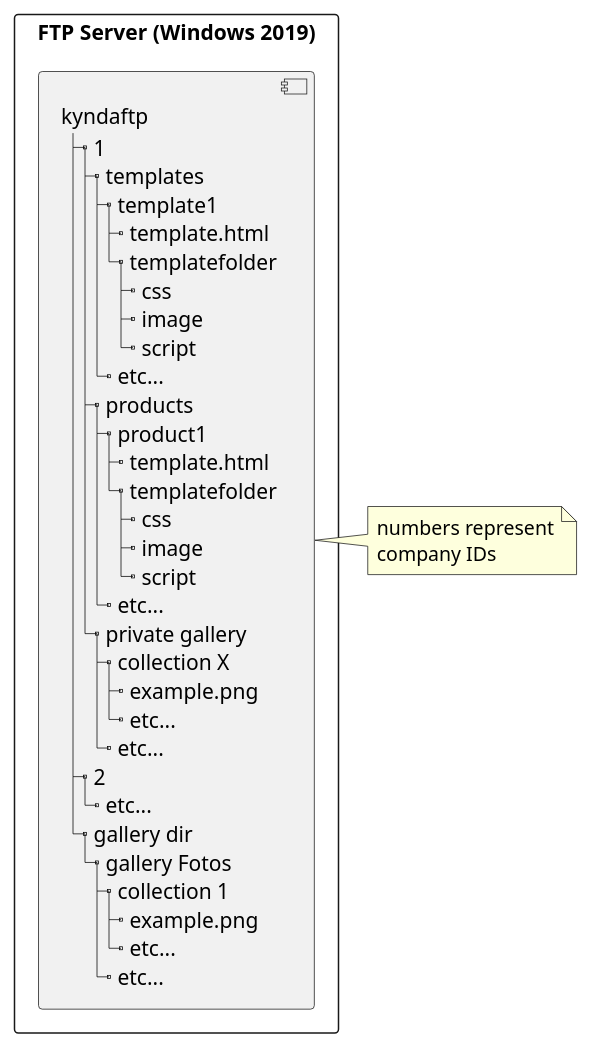
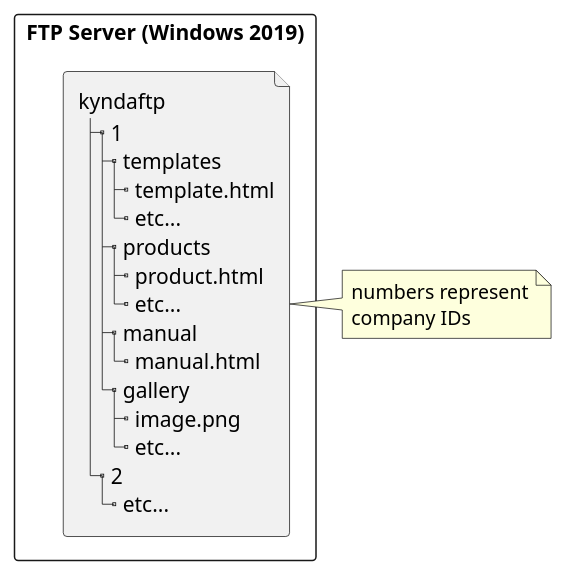
The diagram in Diagrams (PlantUml)/FTPServerModel.plantuml (NielsPoldervaart/Project-C-Groep-4), drawn with PlantUML before and after one commit. The commit also changed 5 other files, not shown here.

Commit message:
Updated diagrams, minor improvements

```diff
--- a/Diagrams (PlantUml)/FTPServerModel.plantuml
+++ b/Diagrams (PlantUml)/FTPServerModel.plantuml
@@ -1,41 +1,25 @@
 @startuml FTPServerModel
 rectangle "FTP Server (Windows 2019)" {
-    component A [
+    file A [
         kyndaftp
         |_ 1
           |_ templates
-            |_ template1
-              |_ template.html
-              |_ templatefolder
-                |_ css
-                |_ image
-                |_ script
+            |_ template.html
             |_ etc...
           |_ products
-            |_ product1
-              |_ template.html
-              |_ templatefolder
-                |_ css
-                |_ image
-                |_ script
+            |_ product.html
             |_ etc...
-          |_ private gallery
-            |_ collection X
-              |_ example.png
-              |_ etc...
+          |_ manual
+            |_ manual.html
+          |_ gallery
+            |_ image.png
             |_ etc...
         |_ 2
           |_ etc...
-        |_ gallery dir
-          |_ gallery Fotos
-            |_ collection 1
-              |_ example.png
-              |_ etc...
-            |_ etc...
     ]
 }
 note right of A
 numbers represent
 company IDs
 end note
 @enduml
```
